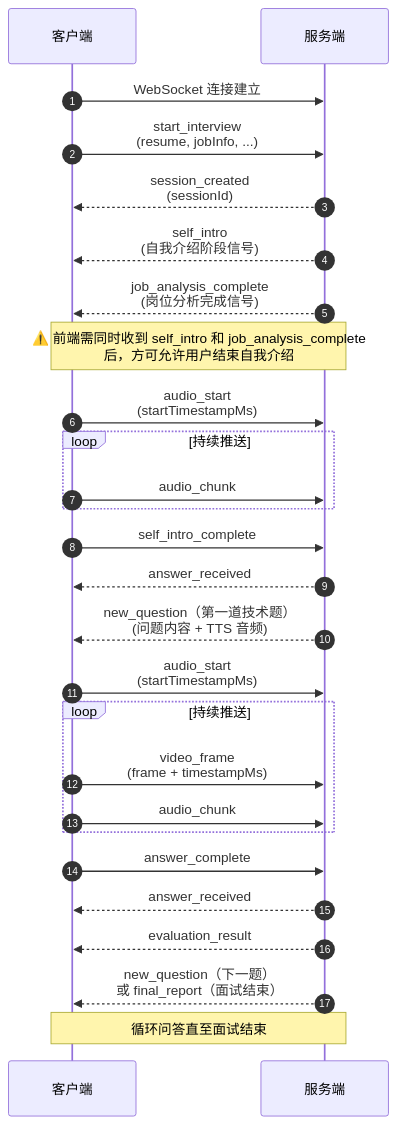
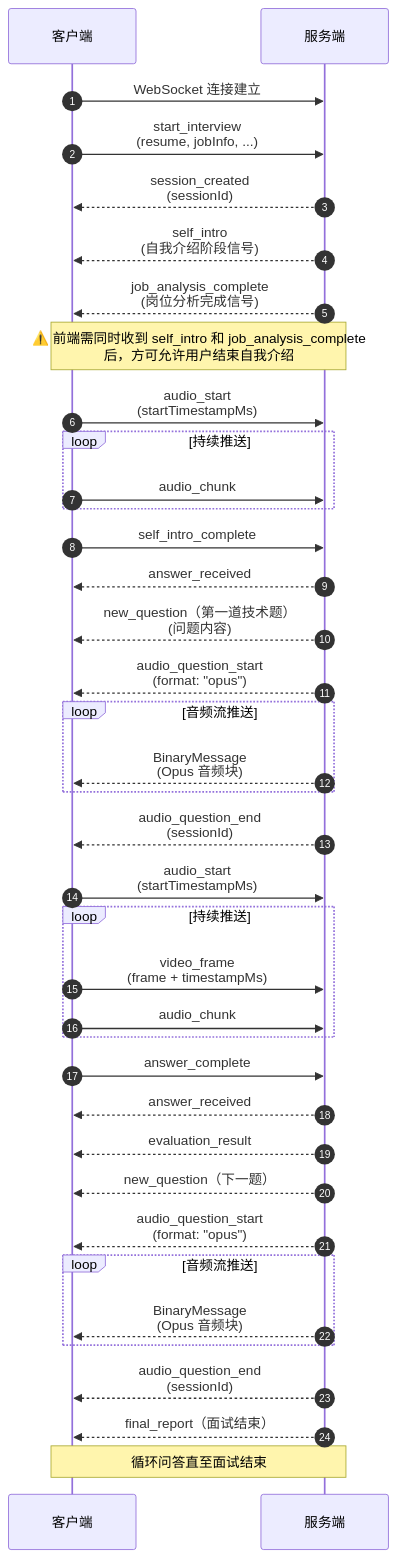
One commit to zunff/interview-agent changed the diagram in docs/websocket.md. Above: the diagram before and after it, drawn with Mermaid. The commit also changed other lines of this file and 26 other files, not shown here.

````diff
--- a/docs/websocket.md
+++ b/docs/websocket.md
@@ -18,47 +18,63 @@
 ```mermaid
 sequenceDiagram
     autonumber
     participant 客户端
     participant 服务端
 
     %% 建立连接
     客户端->>服务端: WebSocket 连接建立
 
     %% 初始化面试
     客户端->>服务端: start_interview<br/>(resume, jobInfo, ...)
     服务端-->>客户端: session_created<br/>(sessionId)
 
     %% 并行推送阶段信号
     服务端-->>客户端: self_intro<br/>(自我介绍阶段信号)
     服务端-->>客户端: job_analysis_complete<br/>(岗位分析完成信号)
 
     %% 前端约束提示
     note over 客户端,服务端: ⚠️ 前端需同时收到 self_intro 和 job_analysis_complete<br/>后，方可允许用户结束自我介绍
 
     %% 自我介绍音频上传
     客户端->>服务端: audio_start<br/>(startTimestampMs)
     loop 持续推送
         客户端->>服务端: audio_chunk
     end
     客户端->>服务端: self_intro_complete
 
-    %% 首题下发
+    %% 首题下发（文字）
     服务端-->>客户端: answer_received
-    服务端-->>客户端: new_question（第一道技术题）<br/>(问题内容 + TTS 音频)
+    服务端-->>客户端: new_question（第一道技术题）<br/>(问题内容)
+    
+    %% TTS 音频推送流程
+    服务端-->>客户端: audio_question_start<br/>(format: "opus")
+    loop 音频流推送
+        服务端-->>客户端: BinaryMessage<br/>(Opus 音频块)
+    end
+    服务端-->>客户端: audio_question_end<br/>(sessionId)
 
     %% 答题环节（音视频+回答）
     客户端->>服务端: audio_start<br/>(startTimestampMs)
     loop 持续推送
         客户端->>服务端: video_frame<br/>(frame + timestampMs)
         客户端->>服务端: audio_chunk
     end
     客户端->>服务端: answer_complete
 
     %% 评价与下一题
     服务端-->>客户端: answer_received
     服务端-->>客户端: evaluation_result
-    服务端-->>客户端: new_question（下一题）<br/>或 final_report（面试结束）
+    服务端-->>客户端: new_question（下一题）
+    
+    %% TTS 音频推送流程（重复）
+    服务端-->>客户端: audio_question_start<br/>(format: "opus")
+    loop 音频流推送
+        服务端-->>客户端: BinaryMessage<br/>(Opus 音频块)
+    end
+    服务端-->>客户端: audio_question_end<br/>(sessionId)
+    
+    服务端-->>客户端: final_report（面试结束）
 
     %% 循环结束
     note over 客户端,服务端: 循环问答直至面试结束
 ```
````
